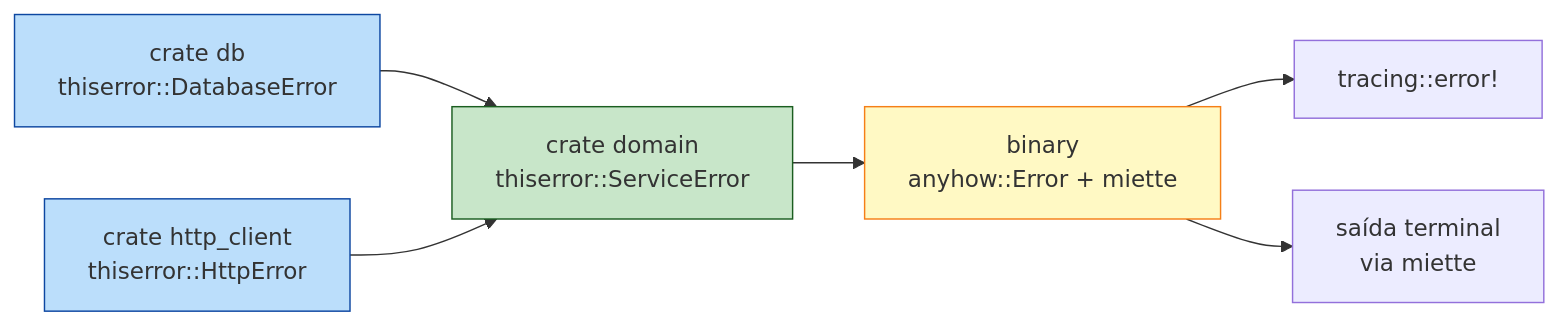
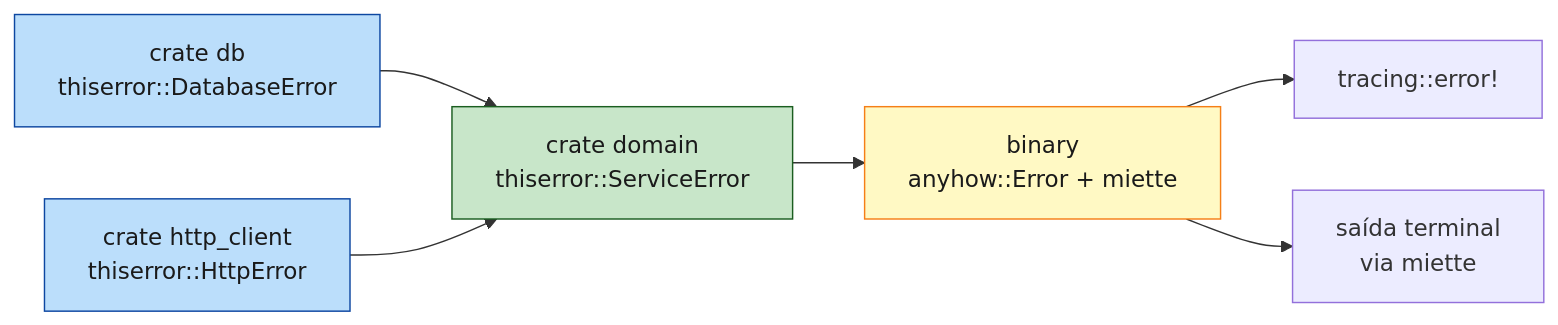
Before and after one commit to Felipeness/ferro-e-espirito: the third of 3 diagrams in book/part-15-patterns-and-idioms/ch43-error-handling-avancado.md, drawn with Mermaid. The commit also changed other lines of this file and 56 other files, not shown here.

First line of the commit message:
fix: contraste de texto em diagramas mermaid

````diff
--- a/book/part-15-patterns-and-idioms/ch43-error-handling-avancado.md
+++ b/book/part-15-patterns-and-idioms/ch43-error-handling-avancado.md
@@ -498,13 +498,13 @@
 ```mermaid
 graph LR
     Lib1[crate db<br/>thiserror::DatabaseError] --> Service[crate domain<br/>thiserror::ServiceError]
     Lib2[crate http_client<br/>thiserror::HttpError] --> Service
     Service --> App[binary<br/>anyhow::Error + miette]
     App --> Log[tracing::error!]
     App --> User[saída terminal<br/>via miette]
 
-    style Lib1 fill:#bbdefb,stroke:#0d47a1
-    style Lib2 fill:#bbdefb,stroke:#0d47a1
-    style Service fill:#c8e6c9,stroke:#1b5e20
-    style App fill:#fff9c4,stroke:#f57f17
+    style Lib1 fill:#bbdefb,stroke:#0d47a1,color:#1a1a1a
+    style Lib2 fill:#bbdefb,stroke:#0d47a1,color:#1a1a1a
+    style Service fill:#c8e6c9,stroke:#1b5e20,color:#1a1a1a
+    style App fill:#fff9c4,stroke:#f57f17,color:#1a1a1a
 ```
````
